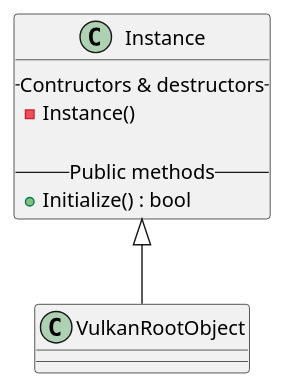
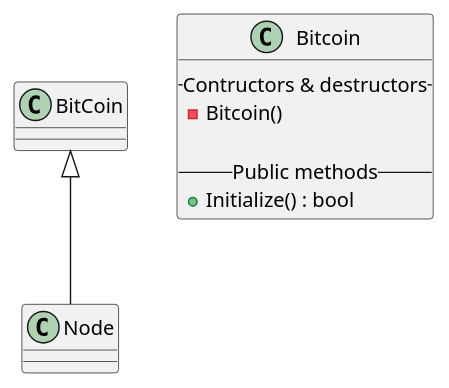
One commit to akashkum/BitCoinMiningSoftware changed the diagram in uml/design.puml. Above: the diagram before and after it, drawn with PlantUML.

```diff
--- a/uml/design.puml
+++ b/uml/design.puml
@@ -1,13 +1,13 @@
 @startuml
 
-Instance <|-- VulkanRootObject
+BitCoin <|-- Node
 
-class Instance {
+class Bitcoin {
     -- Contructors & destructors --
-    - Instance()
+    - Bitcoin()
     
     -- Public methods --
     + Initialize() : bool
 }
 
 @enduml
```
